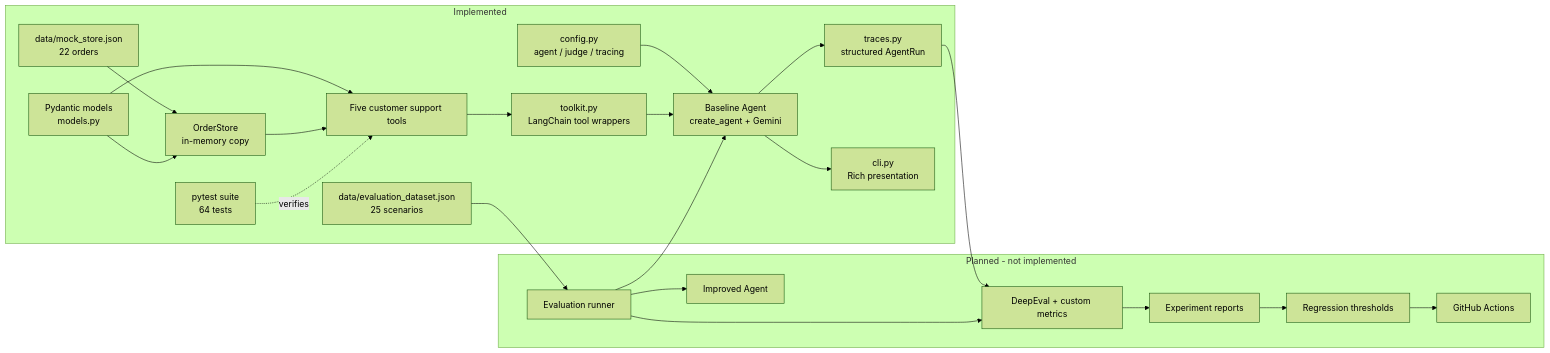
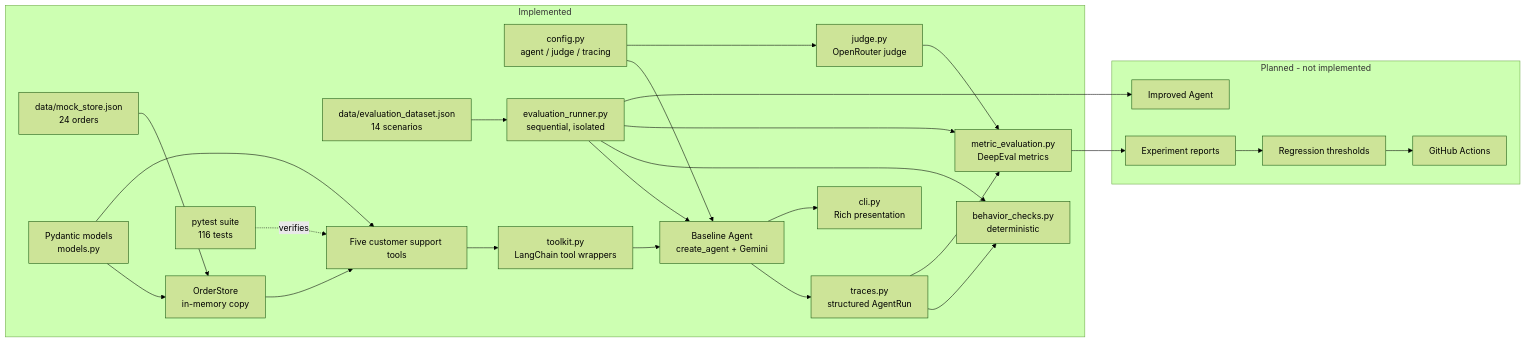
The diagram in docs/ARCHITECTURE.md (llm-systems-lab/agent-eval), drawn with Mermaid (forest theme) before and after one commit. The commit also changed other lines of this file and 23 other files, not shown here.

First line of the commit message:
Add evaluation runner and DeepEval metrics

````diff
--- a/docs/ARCHITECTURE.md
+++ b/docs/ARCHITECTURE.md
@@ -32,45 +40,51 @@
 ```mermaid
 flowchart LR
     subgraph Implemented["Implemented"]
-        MS["data/mock_store.json<br/>22 orders"]
-        DS["data/evaluation_dataset.json<br/>25 scenarios"]
+        MS["data/mock_store.json<br/>24 orders"]
+        DS["data/evaluation_dataset.json<br/>14 scenarios"]
         MODELS["Pydantic models<br/>models.py"]
         STORE["OrderStore<br/>in-memory copy"]
         TOOLS["Five customer support tools"]
-        TESTS["pytest suite<br/>64 tests"]
+        TESTS["pytest suite<br/>116 tests"]
         CONFIG["config.py<br/>agent / judge / tracing"]
         TOOLKIT["toolkit.py<br/>LangChain tool wrappers"]
         AGENT["Baseline Agent<br/>create_agent + Gemini"]
         TRACE["traces.py<br/>structured AgentRun"]
         CLI["cli.py<br/>Rich presentation"]
+        RUNNER["evaluation_runner.py<br/>sequential, isolated"]
+        CHECKS["behavior_checks.py<br/>deterministic"]
+        JUDGE["judge.py<br/>OpenRouter judge"]
+        METRICS["metric_evaluation.py<br/>DeepEval metrics"]
 
         MS --> STORE
         MODELS --> STORE
         MODELS --> TOOLS
         STORE --> TOOLS
         TESTS -. verifies .-> TOOLS
         CONFIG --> AGENT
+        CONFIG --> JUDGE
         TOOLS --> TOOLKIT
         TOOLKIT --> AGENT
         AGENT --> TRACE
         AGENT --> CLI
+        DS --> RUNNER
+        RUNNER --> AGENT
+        RUNNER --> CHECKS
+        TRACE --> CHECKS
+        RUNNER --> METRICS
+        JUDGE --> METRICS
+        TRACE --> METRICS
     end
 
     subgraph Planned["Planned - not implemented"]
-        RUNNER["Evaluation runner"]
-        METRICS["DeepEval + custom metrics"]
         REPORT["Experiment reports"]
         REG["Regression thresholds"]
         CI["GitHub Actions"]
         IMPROVED["Improved Agent"]
 
-        DS --> RUNNER
-        RUNNER --> AGENT
         RUNNER --> IMPROVED
-        TRACE --> METRICS
-        RUNNER --> METRICS
         METRICS --> REPORT
         REPORT --> REG
         REG --> CI
     end
 ```
````
